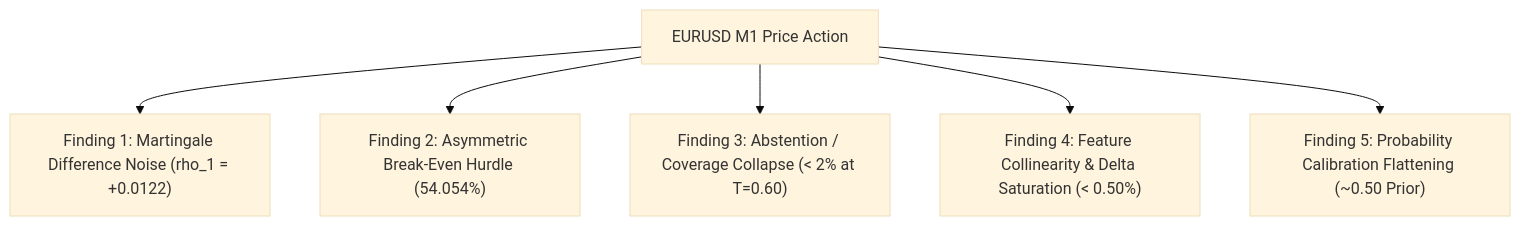
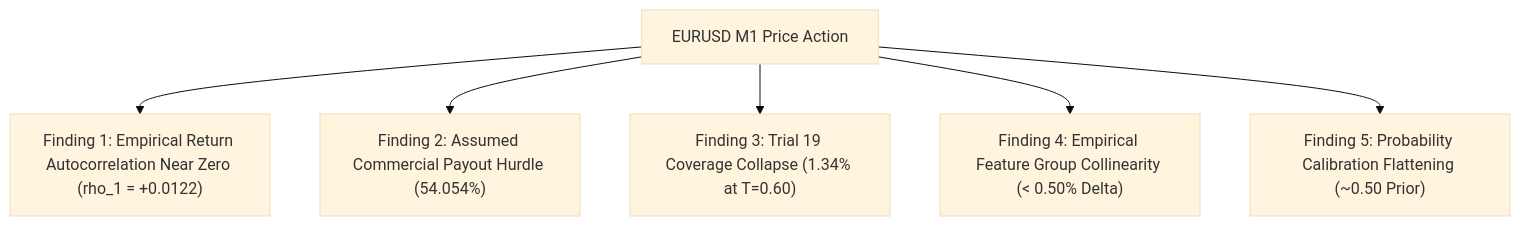
Before and after one commit to elmochilyas/IqOptionBot: the fourth of 4 diagrams in docs/PHASE42_ADVANCED_AI_MODEL_RESEARCH.md, drawn with Mermaid (base theme). The commit also changed other lines of this file and 13 other files, not shown here.

````diff
--- a/docs/PHASE42_ADVANCED_AI_MODEL_RESEARCH.md
+++ b/docs/PHASE42_ADVANCED_AI_MODEL_RESEARCH.md
@@ -246,9 +247,9 @@
 ```mermaid
 graph TD
     M1["EURUSD M1 Price Action"]
-    M1 --> F1["Finding 1: Martingale Difference Noise (rho_1 = +0.0122)"]
-    M1 --> F2["Finding 2: Asymmetric Break-Even Hurdle (54.054%)"]
-    M1 --> F3["Finding 3: Abstention / Coverage Collapse (< 2% at T=0.60)"]
-    M1 --> F4["Finding 4: Feature Collinearity & Delta Saturation (< 0.50%)"]
+    M1 --> F1["Finding 1: Empirical Return Autocorrelation Near Zero (rho_1 = +0.0122)"]
+    M1 --> F2["Finding 2: Assumed Commercial Payout Hurdle (54.054%)"]
+    M1 --> F3["Finding 3: Trial 19 Coverage Collapse (1.34% at T=0.60)"]
+    M1 --> F4["Finding 4: Empirical Feature Group Collinearity (< 0.50% Delta)"]
     M1 --> F5["Finding 5: Probability Calibration Flattening (~0.50 Prior)"]
 ```
````
